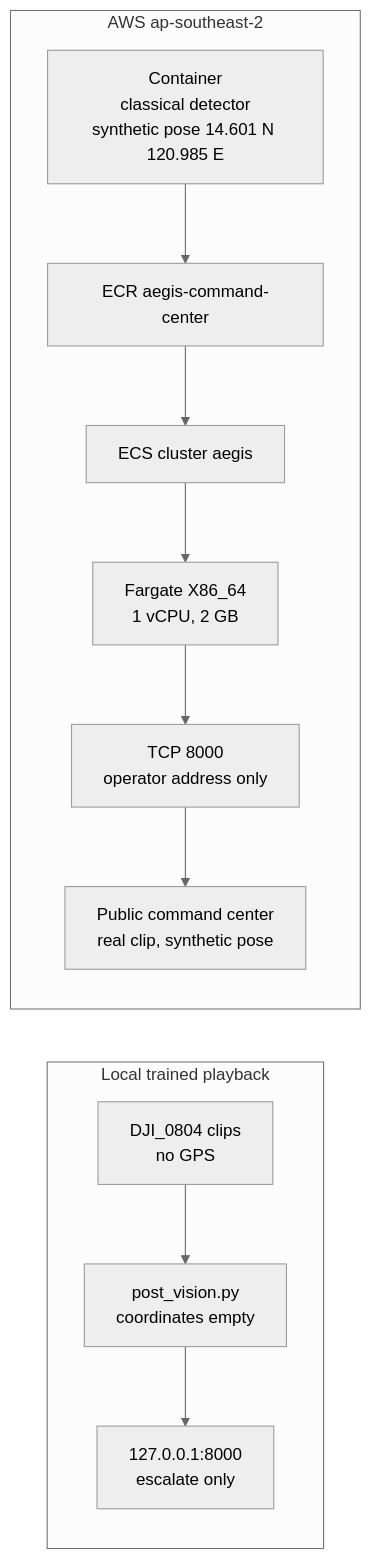
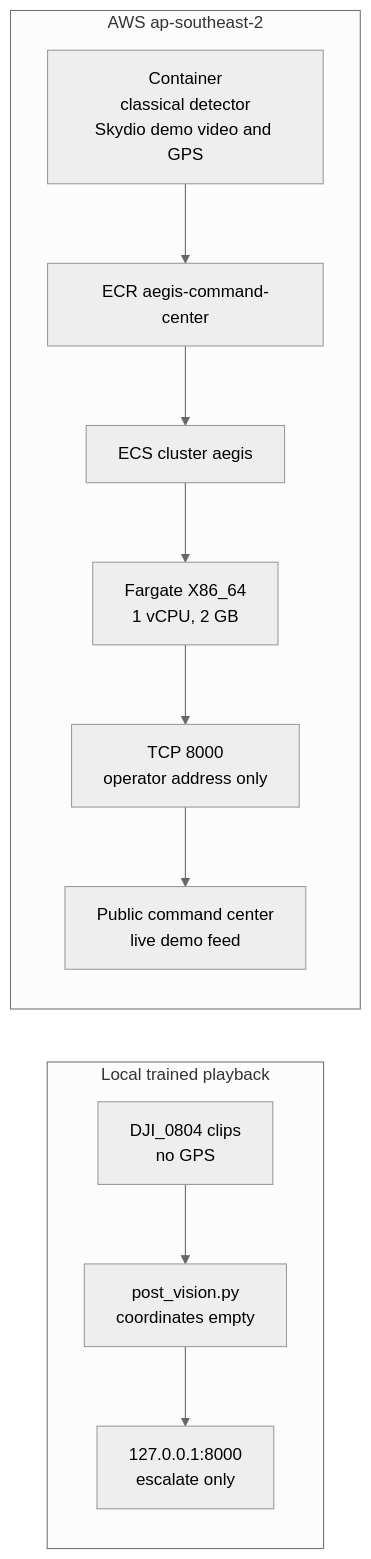
Before and after one commit to mtthwaqn/aegis: the fourth of 4 diagrams in docs/architecture.md, drawn with Mermaid (neutral theme). The commit also changed other lines of this file and 20 other files, not shown here.

Commit message:
Point the live page at the Skydio demo and keep aircraft GPS and clouds off the rescue boxes.

````diff
--- a/docs/architecture.md
+++ b/docs/architecture.md
@@ -117,20 +117,20 @@
 ```mermaid
 flowchart LR
   subgraph local [Local trained playback]
     dji[DJI_0804 clips<br/>no GPS]
     post[post_vision.py<br/>coordinates empty]
     localHud[127.0.0.1:8000<br/>escalate only]
   end
 
   subgraph aws [AWS ap-southeast-2]
-    image[Container<br/>classical detector<br/>synthetic pose 14.601 N 120.985 E]
+    image[Container<br/>classical detector<br/>Skydio demo video and GPS]
     ecr[ECR aegis-command-center]
     cluster[ECS cluster aegis]
     fargate[Fargate X86_64<br/>1 vCPU, 2 GB]
     guard[TCP 8000<br/>operator address only]
-    site[Public command center<br/>real clip, synthetic pose]
+    site[Public command center<br/>live demo feed]
   end
 
   dji --> post --> localHud
   image --> ecr --> cluster --> fargate --> guard --> site
 ```
````
